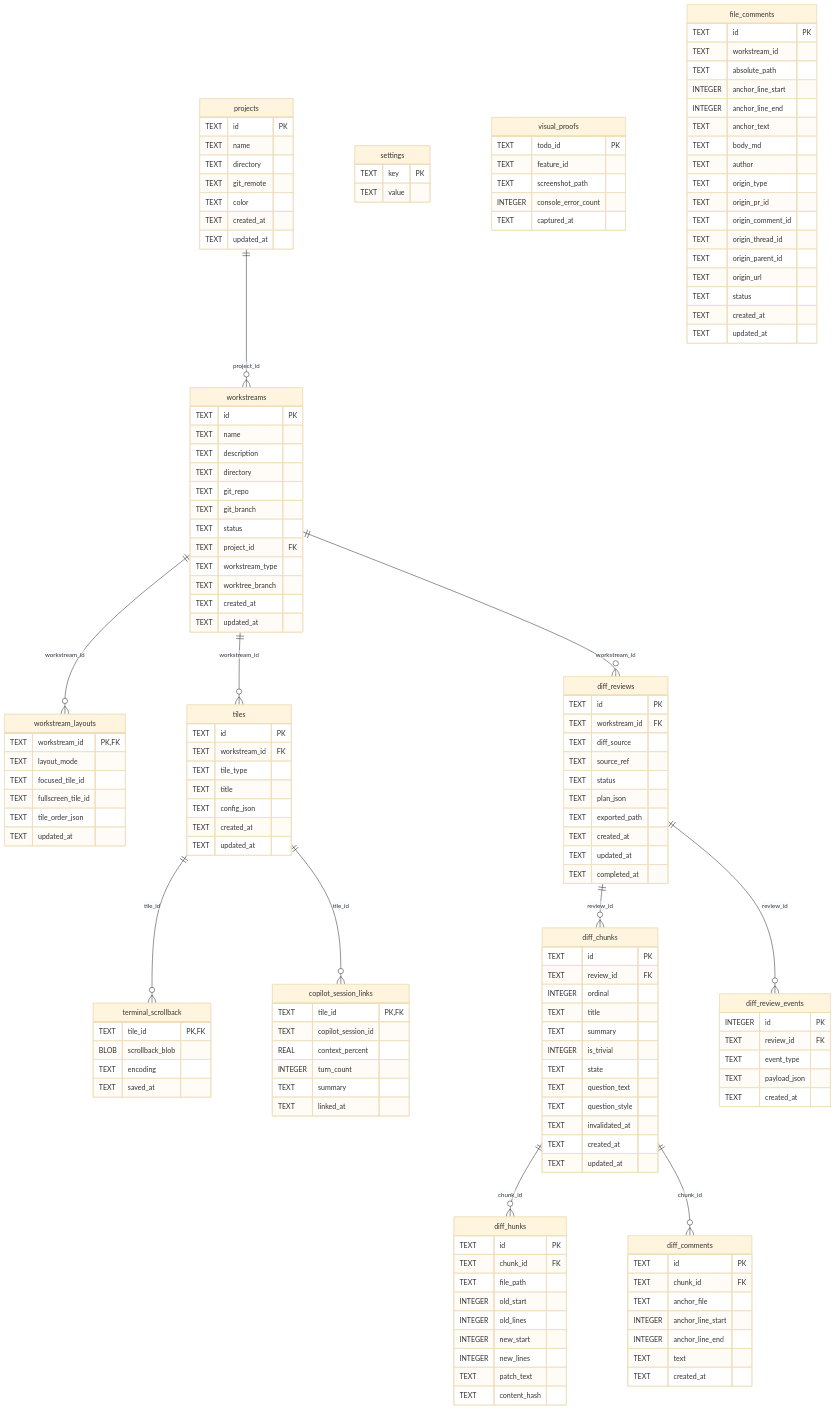
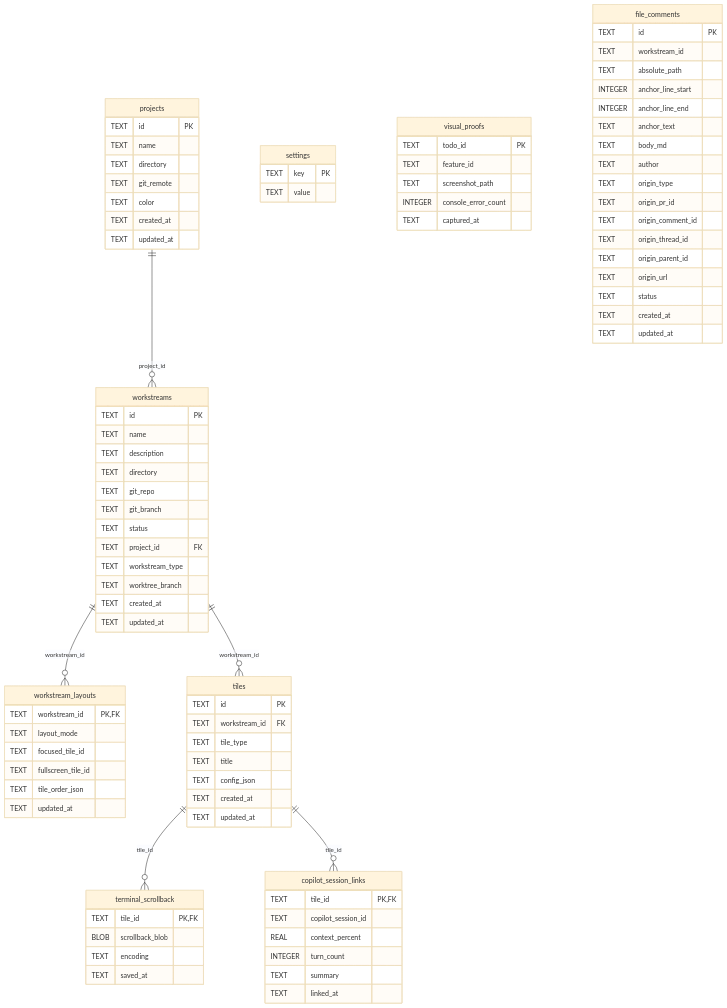
Before and after one commit to alejandroechev/workstreams: the diagram in docs/db-model.md, drawn with Mermaid (base theme). The commit also changed other lines of this file and 31 other files, not shown here.

First line of the commit message:
refactor: retire the Diff Review (diff-grok) feature entirely

```diff
--- a/docs/db-model.md
+++ b/docs/db-model.md
@@ -22,11 +22,6 @@
   workstreams ||--o{ tiles : "workstream_id"
   tiles ||--o{ terminal_scrollback : "tile_id"
   tiles ||--o{ copilot_session_links : "tile_id"
-  workstreams ||--o{ diff_reviews : "workstream_id"
-  diff_reviews ||--o{ diff_chunks : "review_id"
-  diff_chunks ||--o{ diff_hunks : "chunk_id"
-  diff_chunks ||--o{ diff_comments : "chunk_id"
-  diff_reviews ||--o{ diff_review_events : "review_id"
   projects {
     TEXT id PK
     TEXT name
@@ -92,59 +87,6 @@
     INTEGER console_error_count
     TEXT captured_at
   }
-  diff_reviews {
-    TEXT id PK
-    TEXT workstream_id FK
-    TEXT diff_source
-    TEXT source_ref
-    TEXT status
-    TEXT plan_json
-    TEXT exported_path
-    TEXT created_at
-    TEXT updated_at
-    TEXT completed_at
-  }
-  diff_chunks {
-    TEXT id PK
-    TEXT review_id FK
-    INTEGER ordinal
-    TEXT title
-    TEXT summary
-    INTEGER is_trivial
-    TEXT state
-    TEXT question_text
-    TEXT question_style
-    TEXT invalidated_at
-    TEXT created_at
-    TEXT updated_at
-  }
-  diff_hunks {
-    TEXT id PK
-    TEXT chunk_id FK
-    TEXT file_path
-    INTEGER old_start
-    INTEGER old_lines
-    INTEGER new_start
-    INTEGER new_lines
-    TEXT patch_text
-    TEXT content_hash
-  }
-  diff_comments {
-    TEXT id PK
-    TEXT chunk_id FK
-    TEXT anchor_file
-    INTEGER anchor_line_start
-    INTEGER anchor_line_end
-    TEXT text
-    TEXT created_at
-  }
-  diff_review_events {
-    INTEGER id PK
-    TEXT review_id FK
-    TEXT event_type
-    TEXT payload_json
-    TEXT created_at
-  }
   file_comments {
     TEXT id PK
     TEXT workstream_id
```
